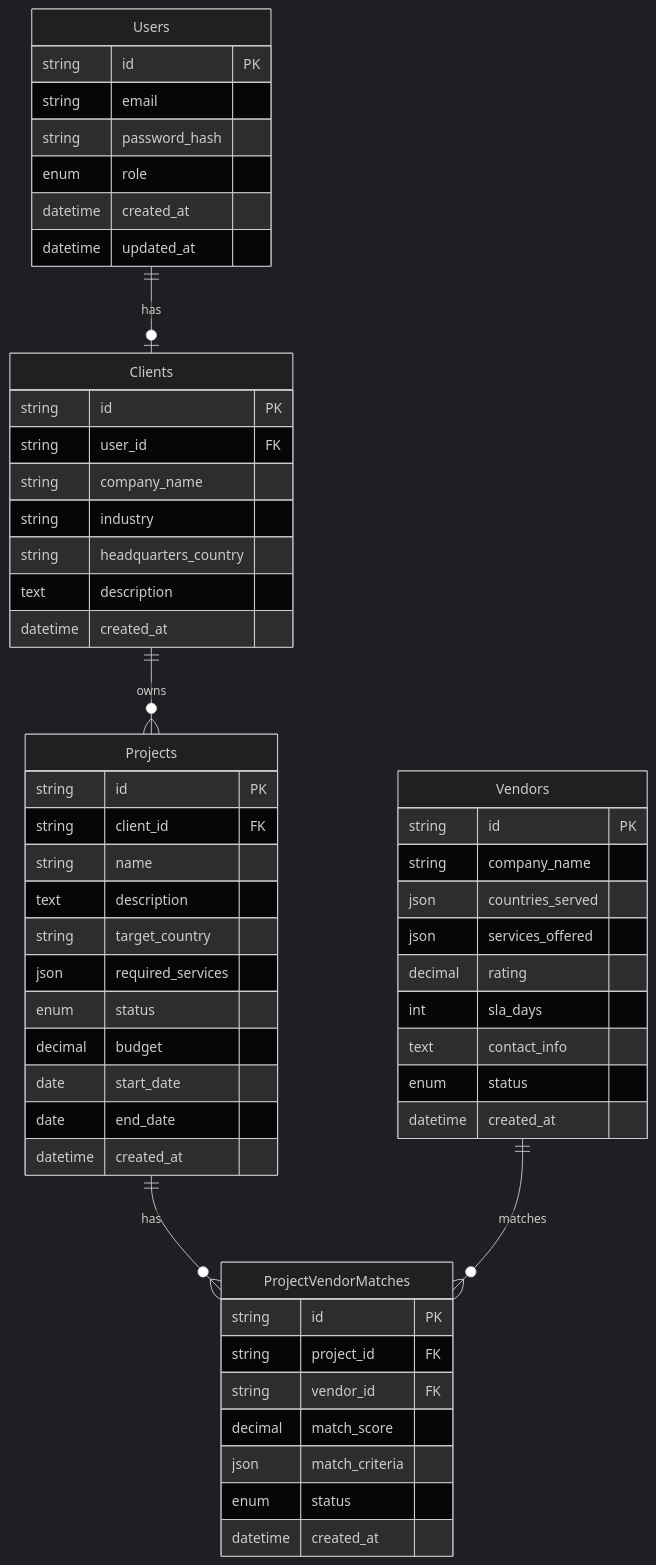
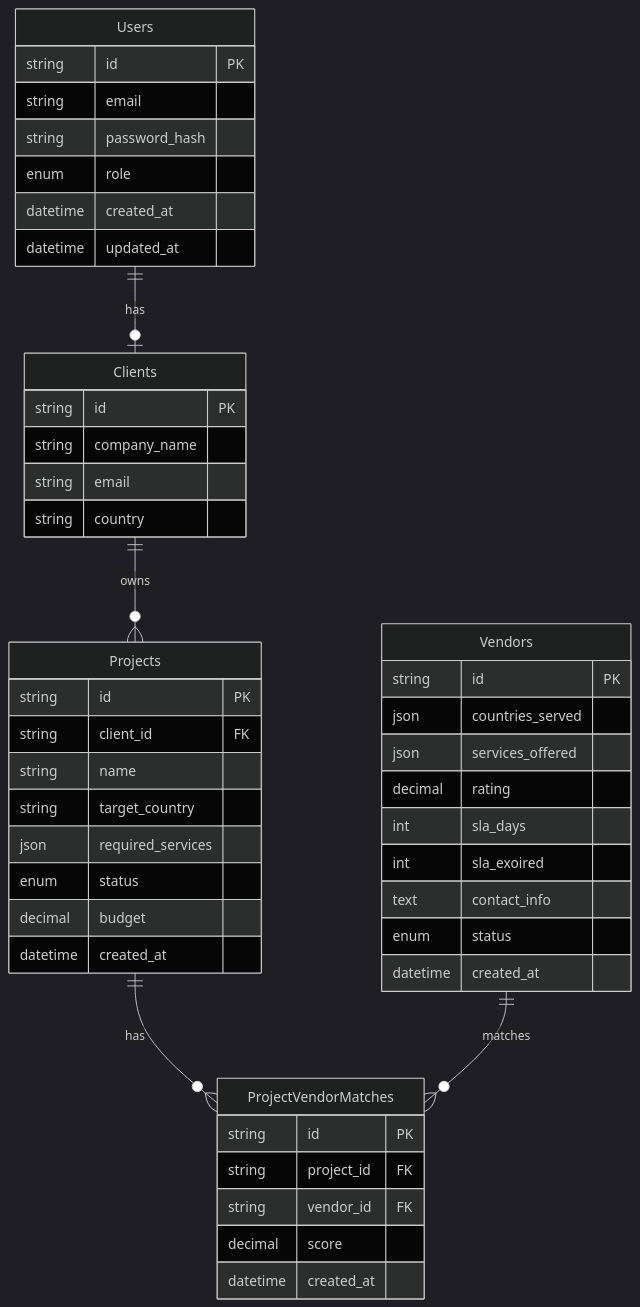
One commit to ahmedhasssan1/exp-task changed the diagram in README.md. Above: the diagram before and after it, drawn with Mermaid (dark theme). The commit also changed other lines of this file, not shown here.

````diff
--- a/README.md
+++ b/README.md
@@ -75,58 +43,51 @@
 ```mermaid
 erDiagram
   Users {
     string id PK
     string email
     string password_hash
     enum role
     datetime created_at
     datetime updated_at
   }
   Clients {
     string id PK
-    string user_id FK
     string company_name
-    string industry
-    string headquarters_country
-    text description
-    datetime created_at
+    string email
+    string country
+  
   }
   Projects {
     string id PK
     string client_id FK
     string name
-    text description
     string target_country
     json required_services
     enum status
     decimal budget
-    date start_date
-    date end_date
     datetime created_at
   }
   Vendors {
     string id PK
-    string company_name
     json countries_served
     json services_offered
     decimal rating
     int sla_days
+    int sla_exoired
     text contact_info
     enum status
     datetime created_at
   }
   ProjectVendorMatches {
     string id PK
     string project_id FK
     string vendor_id FK
-    decimal match_score
-    json match_criteria
-    enum status
+    decimal score
     datetime created_at
   }
 
   Users ||--o| Clients : has
   Clients ||--o{ Projects : owns
   Projects ||--o{ ProjectVendorMatches : has
   Vendors ||--o{ ProjectVendorMatches : matches
 ```
````
